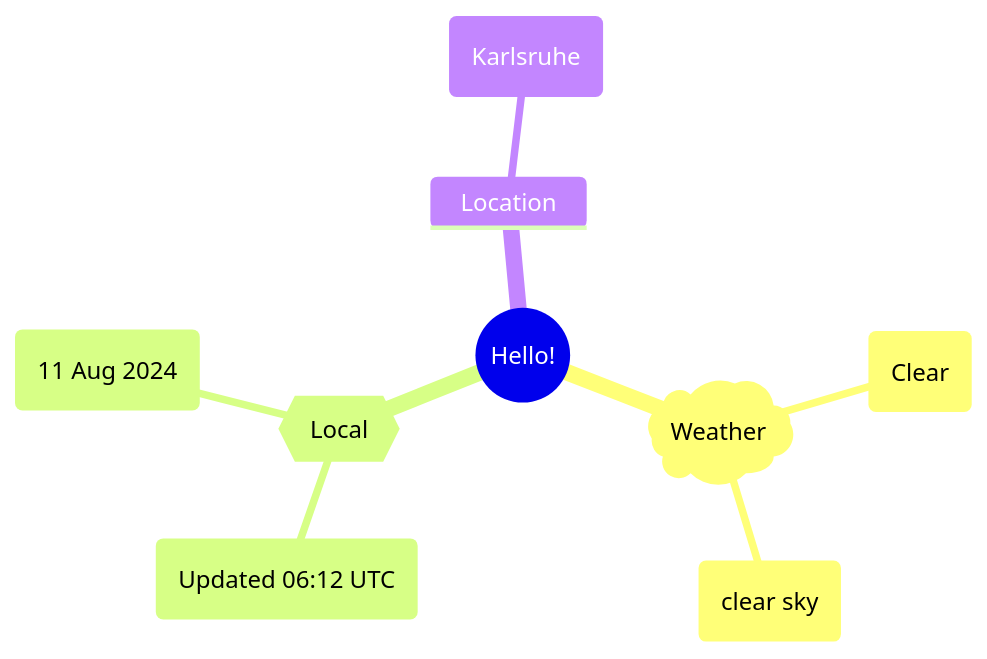
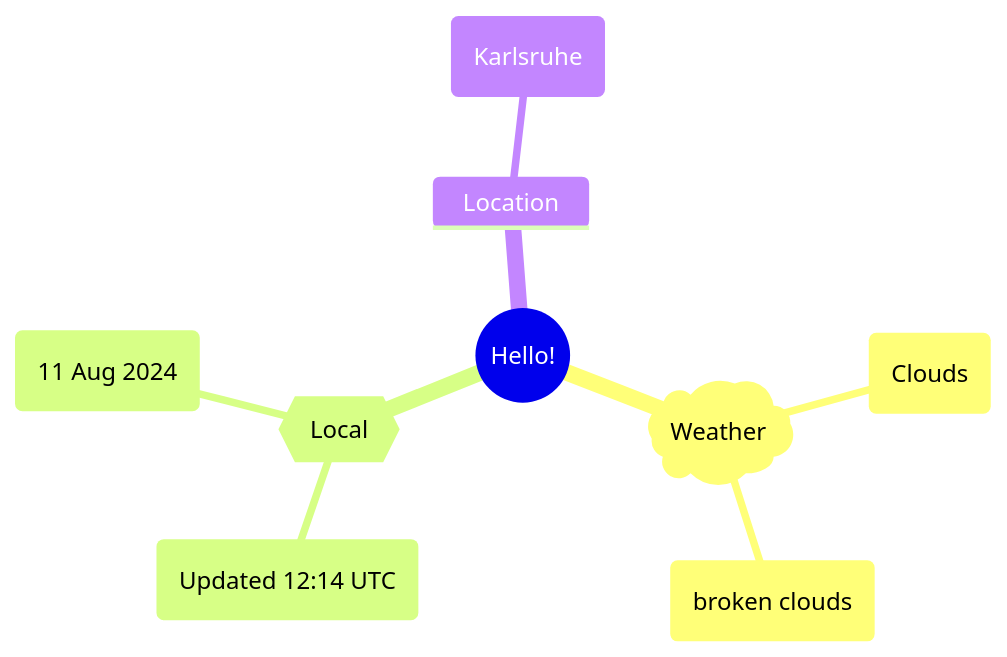
One commit to Xosrov/Xosrov changed the first of 2 diagrams in README.md. Above: the diagram before and after it, drawn with Mermaid.

Commit message:
[bot] updated images

````diff
--- a/README.md
+++ b/README.md
@@ -3,12 +3,12 @@
 ```mermaid
 mindmap
   root((Hello!))
     )Weather(
-        (Clear)
-        (clear sky)
+        (Clouds)
+        (broken clouds)
     {{Local}}
-        (Updated 06:12 UTC)
+        (Updated 12:14 UTC)
         (11 Aug 2024)
     Location
         (Karlsruhe)
 ```
````
